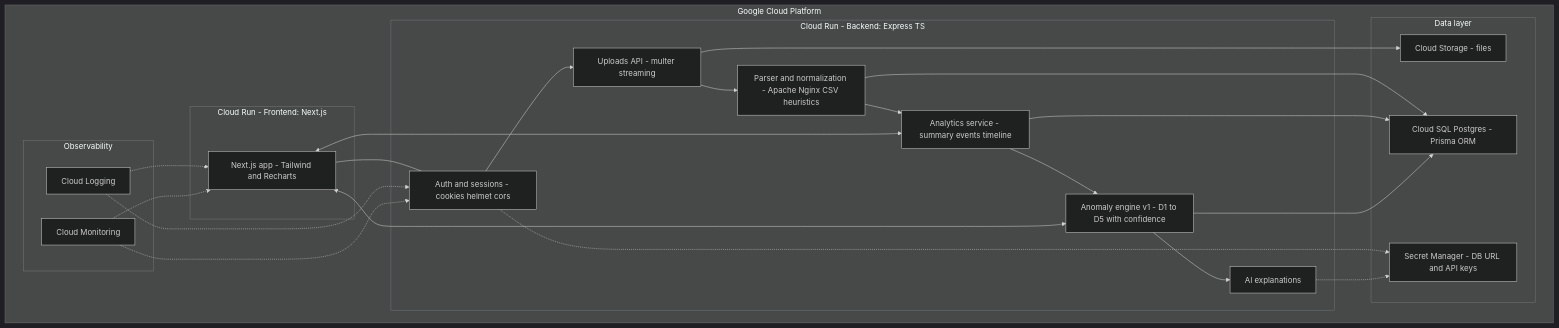
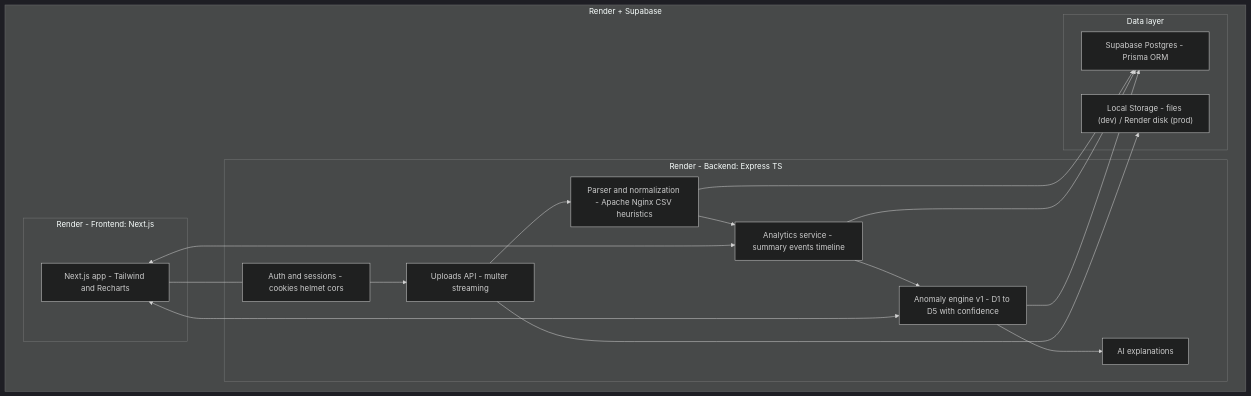
Before and after one commit to jinishshah00/logsleuth: the diagram in README.md, drawn with Mermaid (dark theme). The commit also changed other lines of this file, not shown here.

````diff
--- a/README.md
+++ b/README.md
@@ -109,55 +119,40 @@
 ```mermaid
 flowchart LR
-  subgraph GCP["Google Cloud Platform"]
+  subgraph RENDER["Render + Supabase"]
     direction LR
 
     %% Frontend
-    subgraph FE["Cloud Run - Frontend: Next.js"]
+    subgraph FE["Render - Frontend: Next.js"]
       FE1["Next.js app - Tailwind and Recharts"]
     end
 
     %% Backend
-    subgraph BE["Cloud Run - Backend: Express TS"]
+    subgraph BE["Render - Backend: Express TS"]
       BE1["Auth and sessions - cookies helmet cors"]
       BE2["Uploads API - multer streaming"]
       BE3["Parser and normalization - Apache Nginx CSV heuristics"]
       BE4["Analytics service - summary events timeline"]
       BE5["Anomaly engine v1 - D1 to D5 with confidence"]
       BE6["AI explanations"]
     end
 
     %% Data layer
     subgraph DATA["Data layer"]
-      SQL["Cloud SQL Postgres - Prisma ORM"]
-      GCS["Cloud Storage - files"]
-      SECRETS["Secret Manager - DB URL and API keys"]
-    end
-
-    %% Observability
-    subgraph OBS["Observability"]
-      LOGS["Cloud Logging"]
-      MON["Cloud Monitoring"]
+      SQL["Supabase Postgres - Prisma ORM"]
+      STORAGE["Local Storage - files (dev) / Render disk (prod)"]
     end
   end
 
   %% Edges
   FE1 --- BE1
   BE1 --> BE2 --> BE3 --> BE4 --> BE5 --> BE6
 
-  BE2 --> GCS
+  BE2 --> STORAGE
   BE3 --> SQL
   BE4 --> SQL
   BE5 --> SQL
 
-  BE1 -.-> SECRETS
-  BE6 -.-> SECRETS
-
   FE1 <--> BE4
   FE1 <--> BE5
 
-  LOGS -.-> BE1
-  LOGS -.-> FE1
-  MON  -.-> BE1
-  MON  -.-> FE1
-
 ```
````
